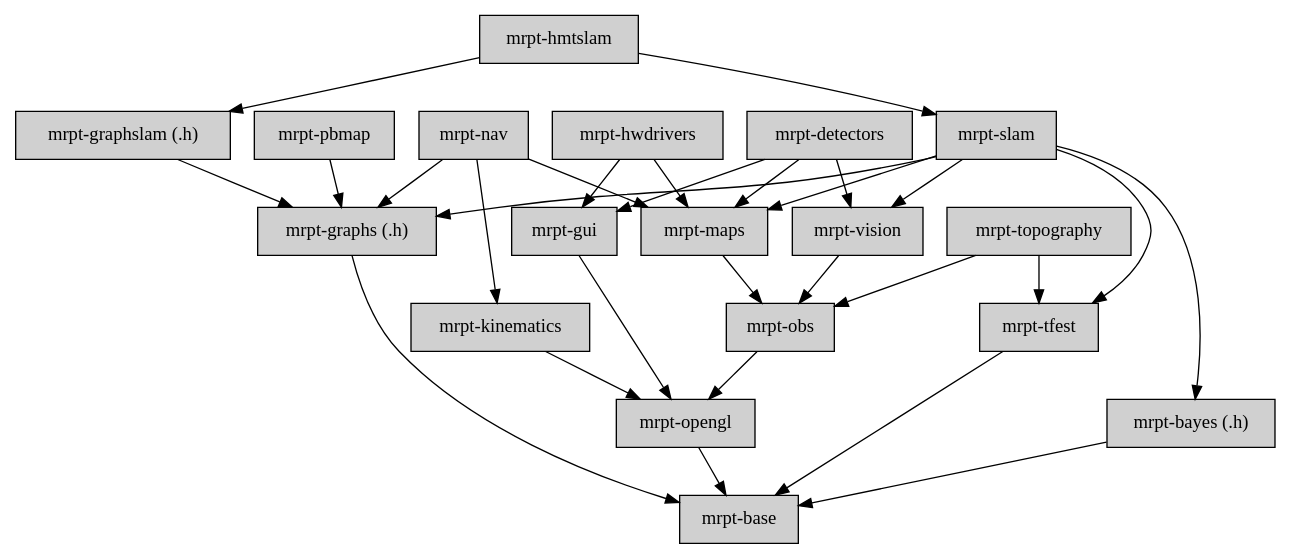
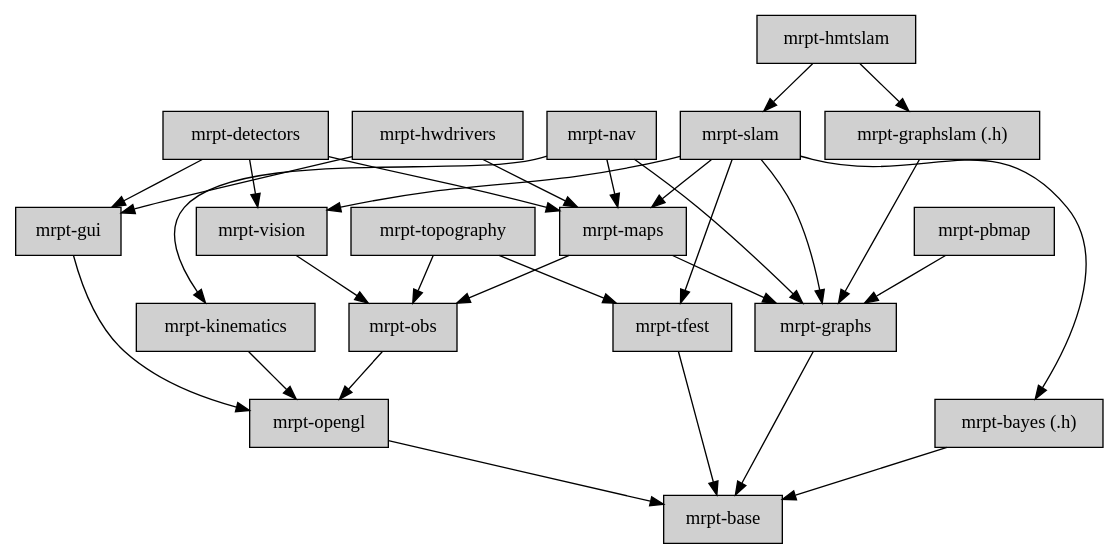
One commit to MRPT/mrpt changed the diagram in doc/design_of_images/graph_mrpt_libs.dot. Above: the diagram before and after it, drawn with Graphviz. The commit also changed 15 other files, not shown here.

First line of the commit message:
GMRF moved to mrpt-graphs (WIP)

```diff
--- a/doc/design_of_images/graph_mrpt_libs.dot
+++ b/doc/design_of_images/graph_mrpt_libs.dot
@@ -1,72 +1,73 @@
 digraph MRPT_LIBS {
 
 	node [shape=box,style=filled, fillcolor="#D0D0D0"];
 
 	base 		[label="mrpt-base",URL="group__mrpt__base__grp.html"];
-	graphs		[label="mrpt-graphs (.h)",URL="group__mrpt__graphs__grp.html"];
+	graphs		[label="mrpt-graphs",URL="group__mrpt__graphs__grp.html"];
 	bayes 		[label="mrpt-bayes (.h)",URL="group__mrpt__bayes__grp.html"];
 	opengl 		[label="mrpt-opengl", URL="group__mrpt__opengl__grp.html"];
 	gui 		[label="mrpt-gui",URL="group__mrpt__gui__grp.html"];
 	obs 		[label="mrpt-obs",URL="group__mrpt__obs__grp.html"];
 	hwdrivers 	[label="mrpt-hwdrivers",URL="group__mrpt__hwdrivers__grp.html"];
 	topography 	[label="mrpt-topography",URL="group__mrpt__topography__grp.html"];
 	maps 		[label="mrpt-maps",URL="group__mrpt__maps__grp.html"];
 	vision 		[label="mrpt-vision",URL="group__mrpt__vision__grp.html"];
 	tfest 		[label="mrpt-tfest",URL="group__mrpt__tfest__grp.html"];
 
 	slam 		[label="mrpt-slam",URL="group__mrpt__slam__grp.html"];
 	graphslam	[label="mrpt-graphslam (.h)",URL="group__mrpt__graphslam__grp.html"];
 	
 	hmtslam		[label="mrpt-hmtslam",URL="group__mrpt__hmtslam__grp.html"];
 	nav	        [label="mrpt-nav",URL="group__mrpt__nav__grp.html"];
 	
 	detectors	[label="mrpt-detectors",URL="group__mrpt__detectors__grp.html"];
 
 	kinematics	[label="mrpt-kinematics",URL="group__mrpt__kinematics__grp.html"];
 
 	pbmap    [label="mrpt-pbmap",URL="group__mrpt__pbmap__grp.html"];
 
 	pbmap -> graphs;
 
 	kinematics  -> opengl;
 	
 	graphs -> base;
 	tfest -> base;
 
 	bayes -> base;
 	
 	opengl -> base;
 	
 	obs -> opengl;
 	
 	gui -> opengl;
 	
 	hwdrivers -> gui;
 	hwdrivers -> maps;
 	
 	topography -> obs;
 	topography -> tfest;
 	
 	vision -> obs;
 	
 	maps -> obs;
+	maps -> graphs;
 
 	slam -> maps;
 	slam -> vision;
 	slam -> tfest;
 	slam -> bayes;
 	slam -> graphs;
 
 	graphslam -> graphs;
 
 	detectors -> vision;
 	detectors -> maps;
 	detectors -> gui;
 	
 	hmtslam -> slam;
 	hmtslam -> graphslam;
 
 	nav -> maps;
 	nav -> graphs;
 	nav -> kinematics;
 }
```
